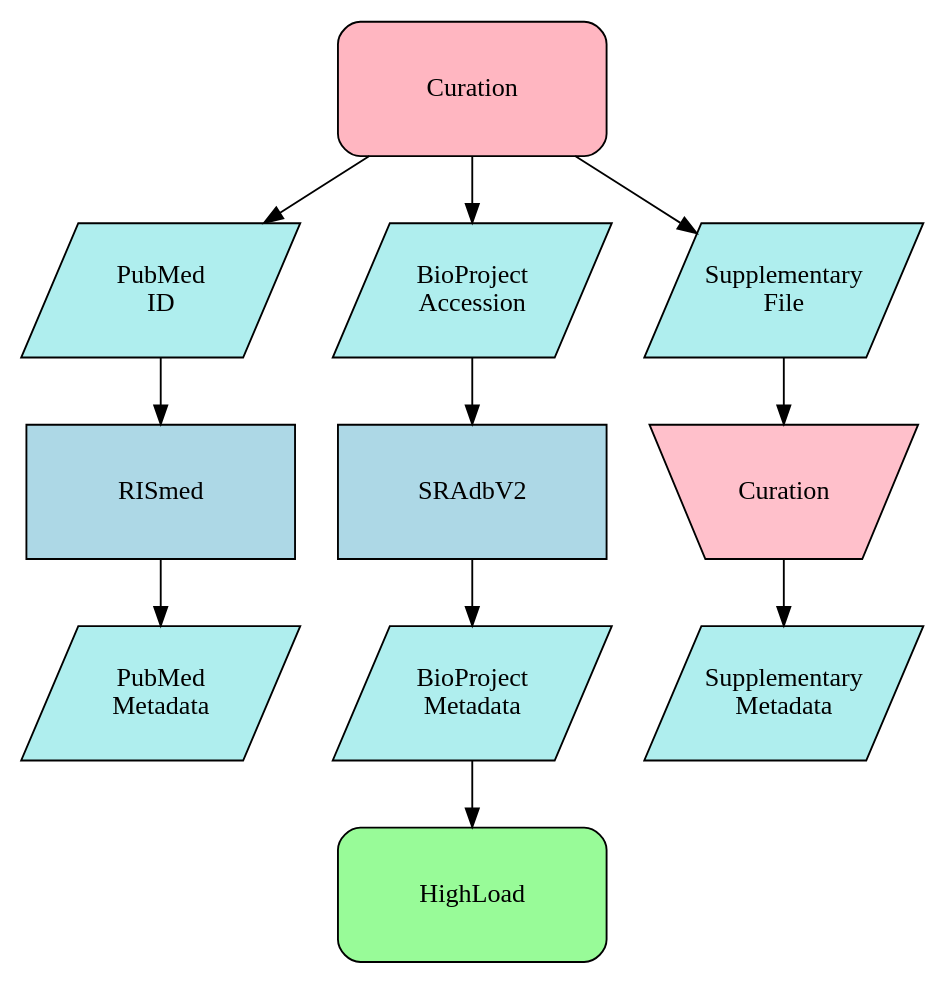
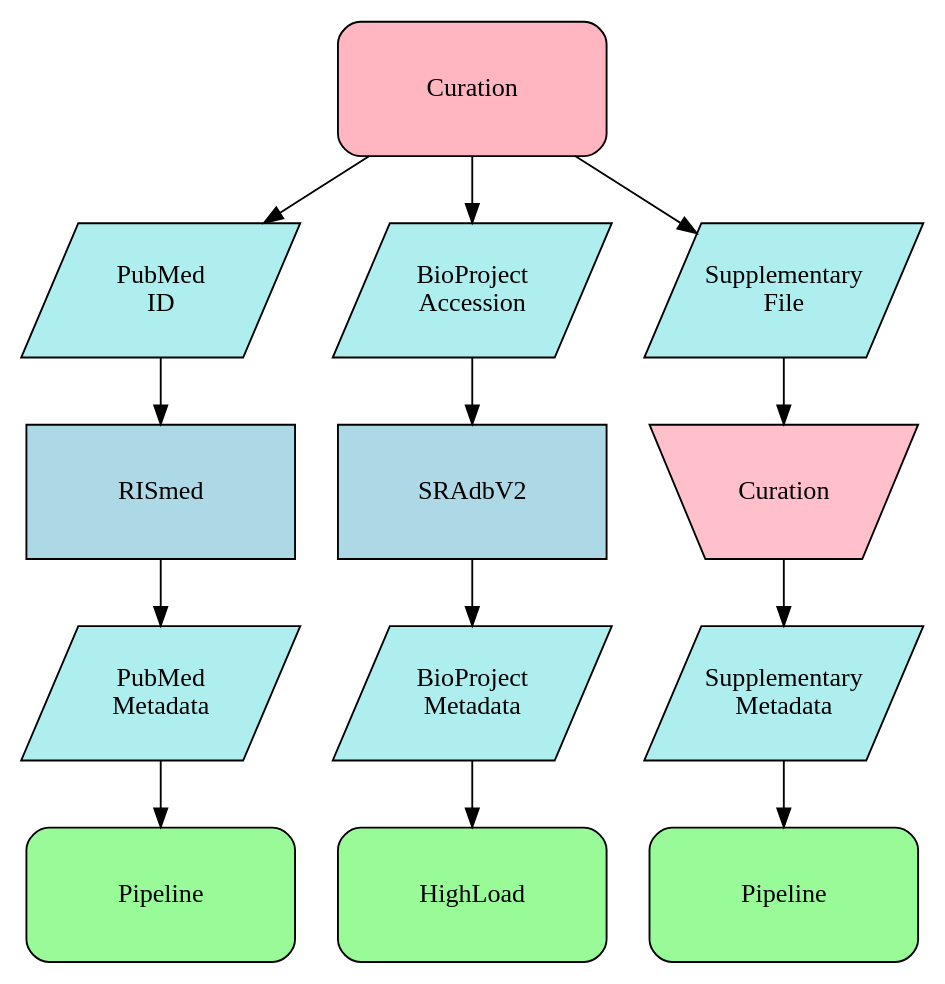
One commit to waldronlab/curatedMetagenomicDataCuration changed the diagram in inst/graphviz/curation.gv. Above: the diagram before and after it, drawn with Graphviz. The commit also changed 4 other files, not shown here.

Commit message:
graphviz diagrams nearing completion

```diff
--- a/inst/graphviz/curation.gv
+++ b/inst/graphviz/curation.gv
@@ -1,45 +1,40 @@
 digraph {
   node [fixedsize=true height=1 width=2]
   
-  node [fillcolor=lightyellow shape=diamond style=filled]
-  //D1001 [label="Decision"]
-  
   node [fillcolor=paleturquoise shape=parallelogram style=filled]
-  //I1001 [label="Input/Output"]
   I1001 [label="PubMed \n ID"]
   I1002 [label="BioProject \n Accession"]
   I1003 [label="Supplementary \n File"]
   I1004 [label="PubMed \n Metadata"]
   I1005 [label="BioProject \n Metadata"]
   I1006 [label="Supplementary \n Metadata"]
   
   node [fillcolor=pink shape=invtrapezium style=filled]
-  //M1001 [label="Manual Process"]
   M1001 [label="Curation"]
   
   node [fillcolor=lightblue height=1 shape=rectangle style=filled]
-  //P1001 [label="Process"]
   P1001 [label="RISmed"]
   P1002 [label="SRAdbV2"]
   
-  
-  node [fillcolor=lightgray shape=cylinder style=filled]
-  //S1001 [label="Storage"]
-  
   node [fillcolor=lightpink shape=rectangle style="filled,rounded"]
-  //T1001 [label="Terminator"]
   T1001 [label="Curation"]
   
   node [fillcolor=palegreen shape=rectangle style="filled,rounded"]
-  //T2001 [label="Terminator"]
-  T2001 [label="HighLoad"]
+  T2001 [label="Pipeline"]
+  T2002 [label="HighLoad"]
+  T2003 [label="Pipeline"]
   
   T1001 -> {I1001 I1002 I1003}
+  
   I1001 -> P1001
   I1002 -> P1002
   I1003 -> M1001
+  
   P1001 -> I1004
   P1002 -> I1005
   M1001 -> I1006
-  I1005 -> T2001
+  
+  I1004 -> T2001
+  I1005 -> T2002
+  I1006 -> T2003
 }
```
